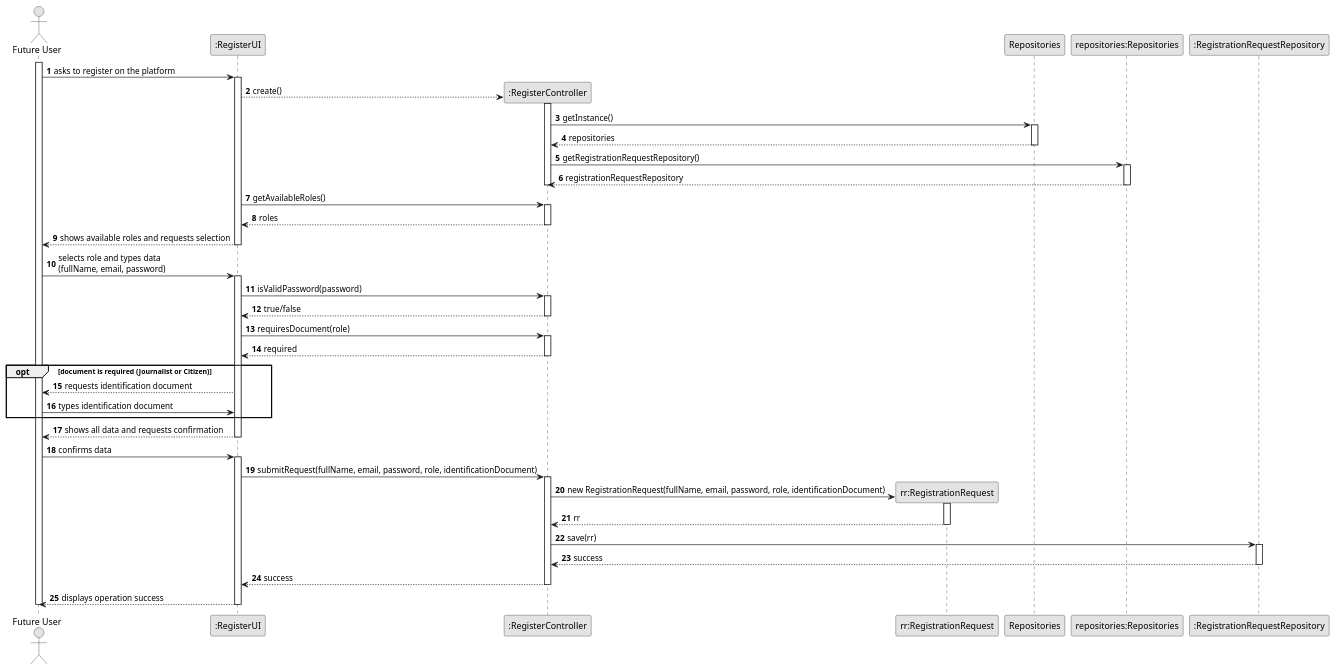
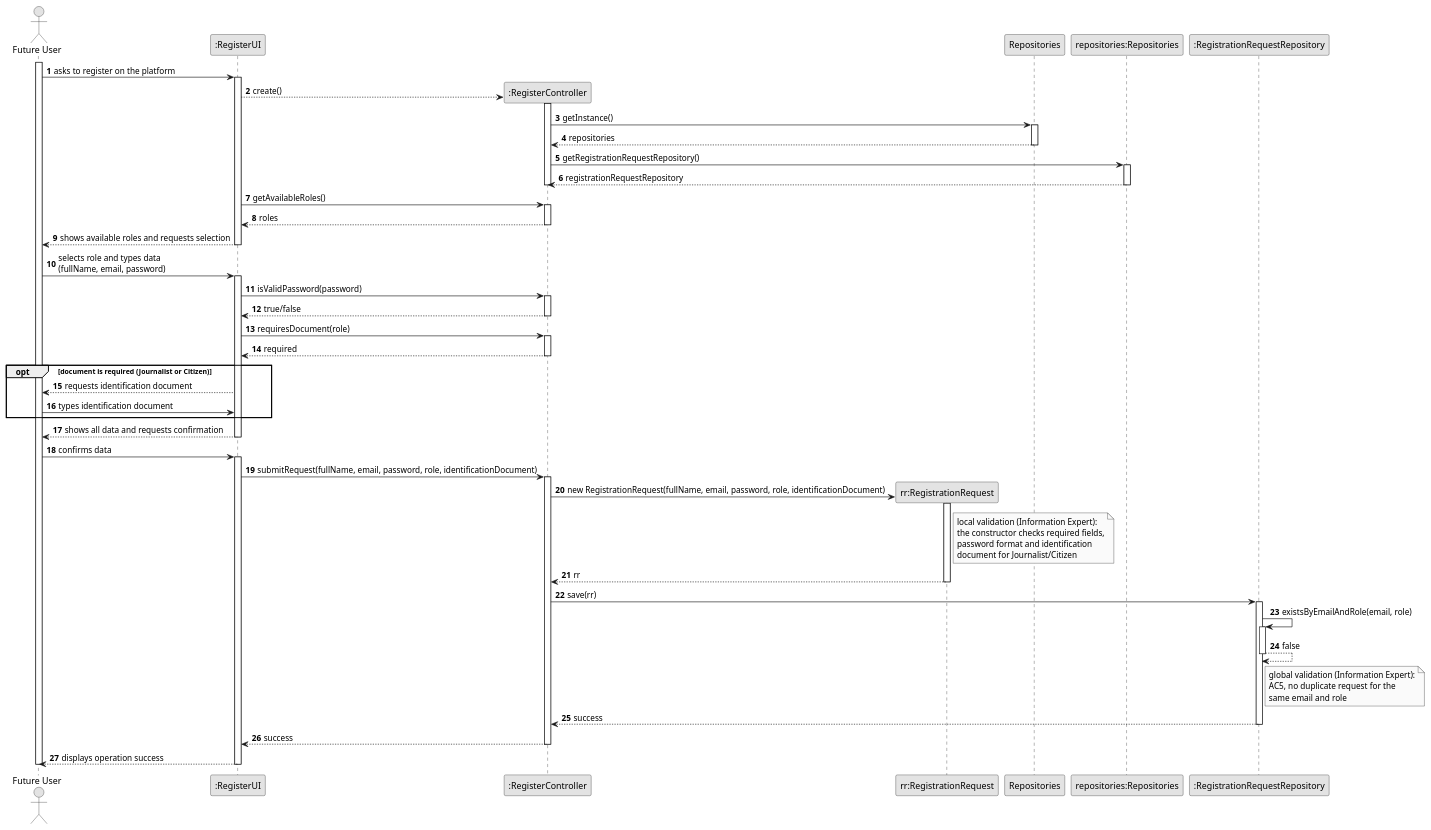
One commit to brunodspinto/crystal-clear-platform changed the diagram in docs/system-documentation/US01/03.design/puml/US01-SD.puml. Above: the diagram before and after it, drawn with PlantUML. The commit also changed 10 other files, not shown here.

```diff
--- a/docs/system-documentation/US01/03.design/puml/US01-SD.puml
+++ b/docs/system-documentation/US01/03.design/puml/US01-SD.puml
@@ -1,83 +1,103 @@
 @startuml US01-SD
 skinparam monochrome true
 skinparam packageStyle rectangle
 skinparam shadowing false
 
 autonumber
 
 actor "Future User" as User
 participant ":RegisterUI" as UI
 participant ":RegisterController" as CTRL
 participant "rr:RegistrationRequest" as RR
 participant "Repositories" as REPOS
 participant "repositories:Repositories" as REPOS_SINGLETON
 participant ":RegistrationRequestRepository" as REPO
 
 activate User
 
     User -> UI : asks to register on the platform
     activate UI
         UI --> CTRL** : create()
         activate CTRL
             CTRL -> REPOS : getInstance()
             activate REPOS
                 REPOS --> CTRL : repositories
             deactivate REPOS
 
             CTRL -> REPOS_SINGLETON : getRegistrationRequestRepository()
             activate REPOS_SINGLETON
                 REPOS_SINGLETON --> CTRL : registrationRequestRepository
             deactivate REPOS_SINGLETON
         deactivate CTRL
 
         UI -> CTRL : getAvailableRoles()
         activate CTRL
             CTRL --> UI : roles
         deactivate CTRL
         UI --> User : shows available roles and requests selection
     deactivate UI
 
     User -> UI : selects role and types data\n(fullName, email, password)
     activate UI
         UI -> CTRL : isValidPassword(password)
         activate CTRL
             CTRL --> UI : true/false
         deactivate CTRL
         UI -> CTRL : requiresDocument(role)
         activate CTRL
             CTRL --> UI : required
         deactivate CTRL
 
         opt document is required (Journalist or Citizen)
             UI --> User : requests identification document
             User -> UI : types identification document
         end
 
         UI --> User : shows all data and requests confirmation
     deactivate UI
 
     User -> UI : confirms data
     activate UI
 
         UI -> CTRL : submitRequest(fullName, email, password, role, identificationDocument)
         activate CTRL
 
             CTRL -> RR ** : new RegistrationRequest(fullName, email, password, role, identificationDocument)
             activate RR
+
+                note right of RR
+                    local validation (Information Expert):
+                    the constructor checks required fields,
+                    password format and identification
+                    document for Journalist/Citizen
+                end note
+
                 RR --> CTRL : rr
             deactivate RR
 
             CTRL -> REPO : save(rr)
             activate REPO
+
+                REPO -> REPO : existsByEmailAndRole(email, role)
+                activate REPO
+                    REPO --> REPO : false
+                deactivate REPO
+
+                note right of REPO
+                    global validation (Information Expert):
+                    AC5, no duplicate request for the
+                    same email and role
+                end note
+
                 REPO --> CTRL : success
             deactivate REPO
 
             CTRL --> UI : success
         deactivate CTRL
 
         UI --> User : displays operation success
     deactivate UI
 
 deactivate User
 
 @enduml
```
